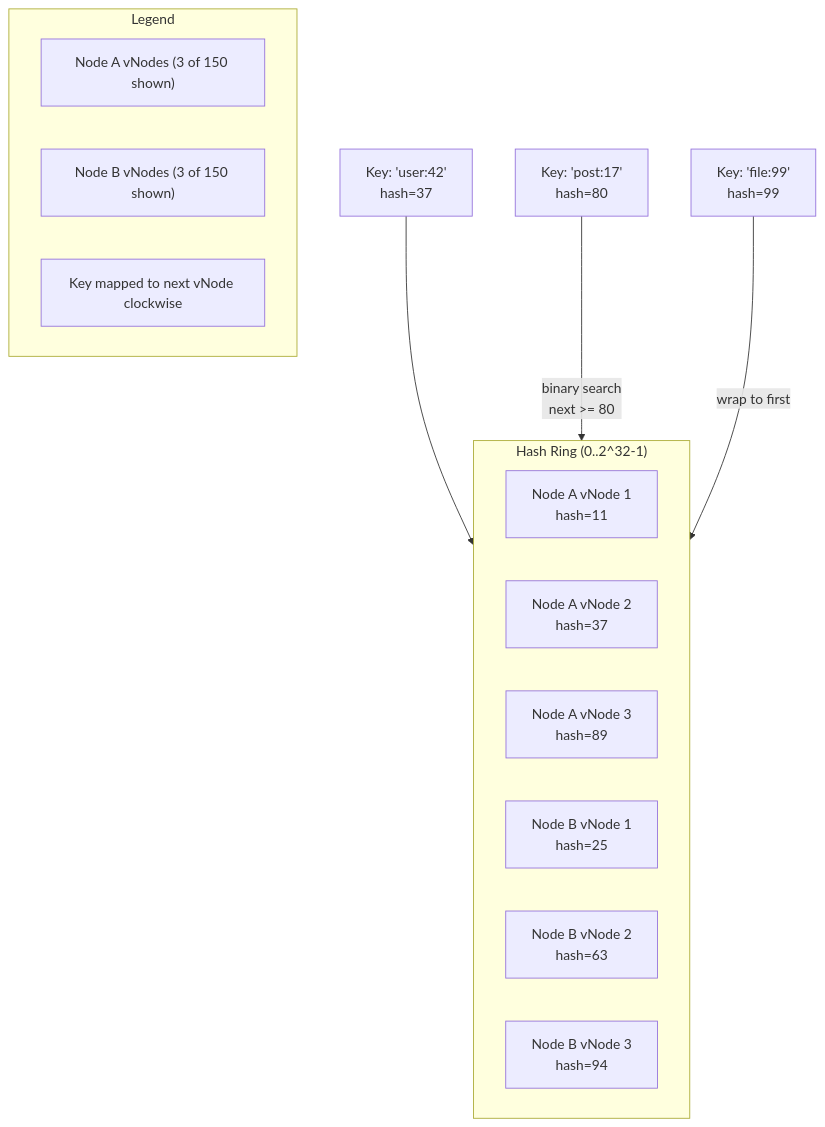
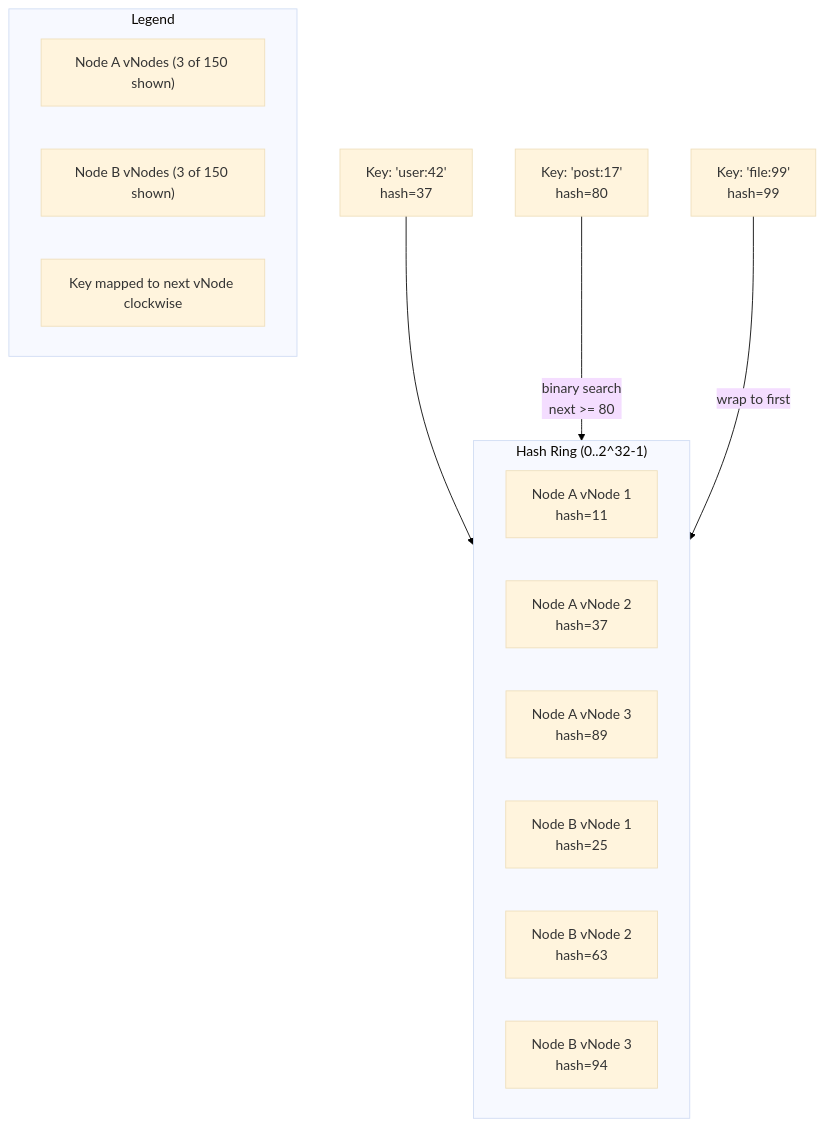
Before and after one commit to faisalaffan/faisalaffan-design-system: the diagram in book/02-batch-1-core/consistent-hashing.md, drawn with Mermaid. The commit also changed 15 other files, not shown here.

Commit message:
fix(gitbook): force white Mermaid background for dark mode compatibility

````diff
--- a/book/02-batch-1-core/consistent-hashing.md
+++ b/book/02-batch-1-core/consistent-hashing.md
@@ -7,22 +7,22 @@
 ```mermaid
-%%{init: {"theme": "default"}}%%
+%%{init: {"theme": "base", "themeVariables": {"background": "#ffffff"}}}%%
 flowchart TB
     subgraph "Hash Ring (0..2^32-1)"
         direction LR
         N1["Node A vNode 1<br/>hash=11"]
         N2["Node A vNode 2<br/>hash=37"]
         N3["Node A vNode 3<br/>hash=89"]
         N4["Node B vNode 1<br/>hash=25"]
         N5["Node B vNode 2<br/>hash=63"]
         N6["Node B vNode 3<br/>hash=94"]
     end
     K1["Key: 'user:42'<br/>hash=37"] --> N2
     K2["Key: 'post:17'<br/>hash=80"] -->|"binary search<br/>next >= 80"| N5
     K3["Key: 'file:99'<br/>hash=99"] -->|"wrap to first"| N1
 
     subgraph legend["Legend"]
         L1["Node A vNodes (3 of 150 shown)"]
         L2["Node B vNodes (3 of 150 shown)"]
         L3["Key mapped to next vNode clockwise"]
     end
 ```
````
